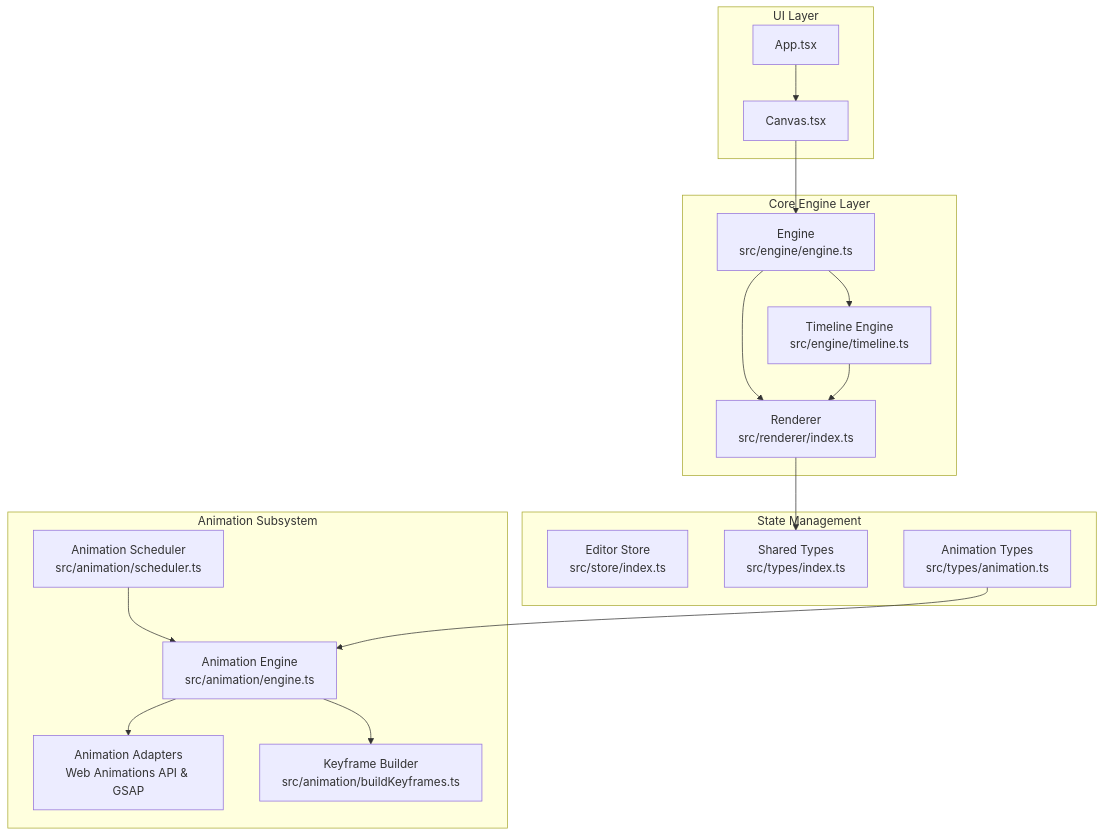
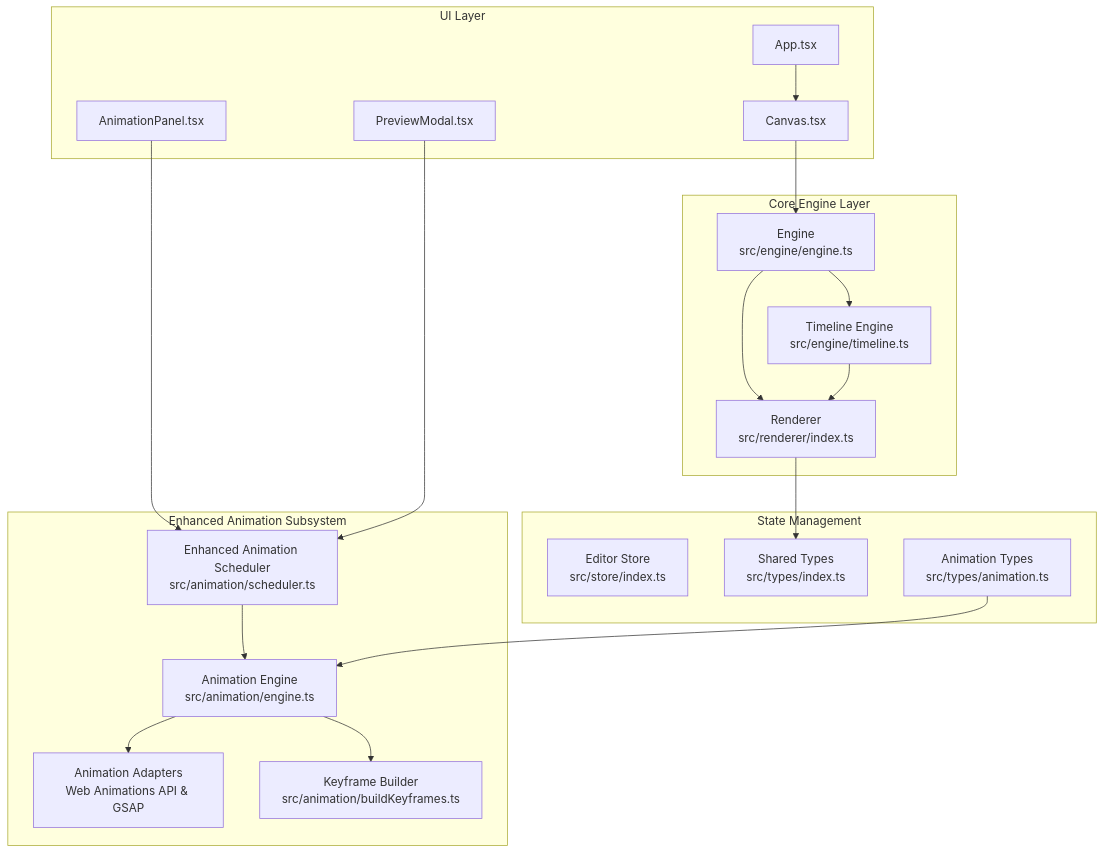
The first of 23 diagrams in .qoder/repowiki/en/content/Animation System/Timeline Engine.md (Anna0314zy/ai_editor_enginer), drawn with Mermaid before and after one commit. The commit also changed other lines of this file and 12 other files, not shown here.

````diff
--- a/.qoder/repowiki/en/content/Animation System/Timeline Engine.md
+++ b/.qoder/repowiki/en/content/Animation System/Timeline Engine.md
@@ -58,33 +62,37 @@
 ```mermaid
 graph TB
 subgraph "UI Layer"
 APP["App.tsx"]
 CANVAS["Canvas.tsx"]
+ANIMATION_PANEL["AnimationPanel.tsx"]
+PREVIEW_MODAL["PreviewModal.tsx"]
 end
 subgraph "Core Engine Layer"
 ENGINE["Engine<br/>src/engine/engine.ts"]
 RENDERER["Renderer<br/>src/renderer/index.ts"]
 TIMELINE["Timeline Engine<br/>src/engine/timeline.ts"]
 end
-subgraph "Animation Subsystem"
+subgraph "Enhanced Animation Subsystem"
 ANIM_ENGINE["Animation Engine<br/>src/animation/engine.ts"]
-SCHEDULER["Animation Scheduler<br/>src/animation/scheduler.ts"]
+SCHEDULER["Enhanced Animation Scheduler<br/>src/animation/scheduler.ts"]
 ADAPTERS["Animation Adapters<br/>Web Animations API & GSAP"]
 KEYFRAMES["Keyframe Builder<br/>src/animation/buildKeyframes.ts"]
 end
 subgraph "State Management"
 STORE["Editor Store<br/>src/store/index.ts"]
 TYPES["Shared Types<br/>src/types/index.ts"]
 ANIM_TYPES["Animation Types<br/>src/types/animation.ts"]
 end
 APP --> CANVAS
 CANVAS --> ENGINE
 ENGINE --> RENDERER
 ENGINE --> TIMELINE
+ANIMATION_PANEL --> SCHEDULER
+PREVIEW_MODAL --> SCHEDULER
 ANIM_ENGINE --> ADAPTERS
 ANIM_ENGINE --> KEYFRAMES
 SCHEDULER --> ANIM_ENGINE
 TIMELINE --> RENDERER
 RENDERER --> TYPES
 ANIM_TYPES --> ANIM_ENGINE
 ```
````
